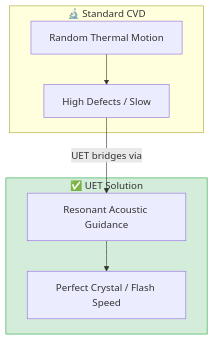
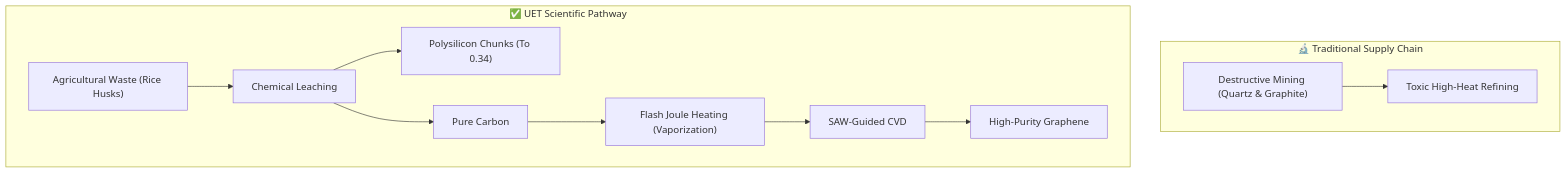
One commit to ellipszist/unityequilibriumtheory changed the diagram in docs/topics/0.28_Material_Synthesis/README.md. Above: the diagram before and after it, drawn with Mermaid. The commit also changed other lines of this file and 2166 other files, not shown here.

````diff
--- a/docs/topics/0.28_Material_Synthesis/README.md
+++ b/docs/topics/0.28_Material_Synthesis/README.md
@@ -53,18 +20,14 @@
 ```mermaid
 graph TB
-    subgraph Standard["🔬 Standard CVD"]
-        Old["Random Thermal Motion"]
-        Limit["High Defects / Slow"]
+    subgraph Standard["🔬 Traditional Supply Chain"]
+        Mining["Destructive Mining (Quartz & Graphite)"] --> Toxic["Toxic High-Heat Refining"]
     end
-    
-    subgraph UET["✅ UET Solution"]
-        Reformulation["Resonant Acoustic Guidance"]
-        Result["Perfect Crystal / Flash Speed"]
+    subgraph UET["✅ UET Scientific Pathway"]
+        Ag["Agricultural Waste (Rice Husks)"] --> Leaching["Chemical Leaching"]
+        Leaching --> Si["Polysilicon Chunks (To 0.34)"]
+        Leaching --> C["Pure Carbon"]
+        C --> FJH["Flash Joule Heating (Vaporization)"]
+        FJH --> Acoustic["SAW-Guided CVD"]
+        Acoustic --> Perfect["High-Purity Graphene"]
     end
-    
-    Old --> Limit
-    Limit -->|"UET bridges via"| Reformulation
-    Reformulation --> Result
-    
-    style UET fill:#d4edda,stroke:#28a745
 ```
````
